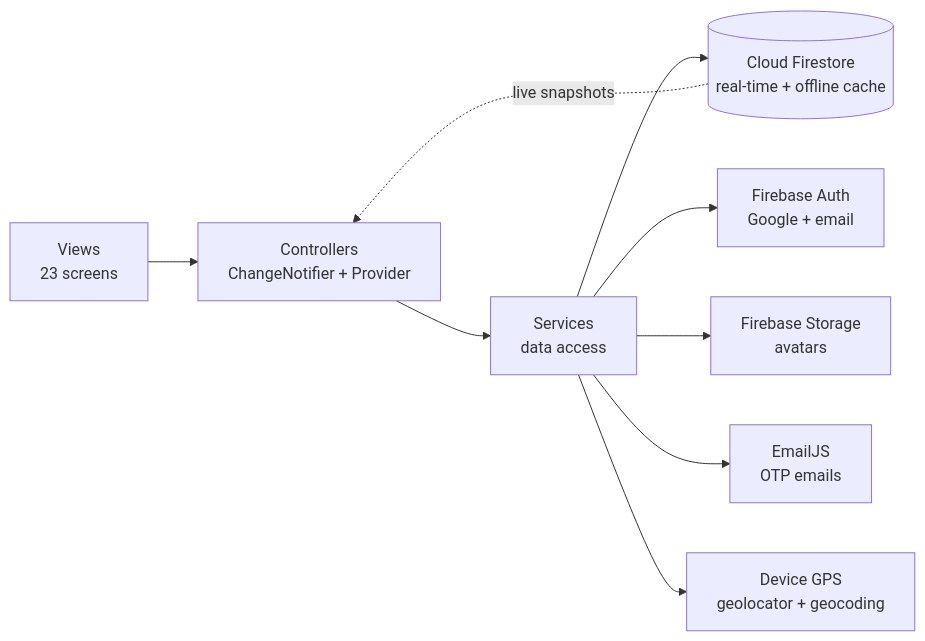
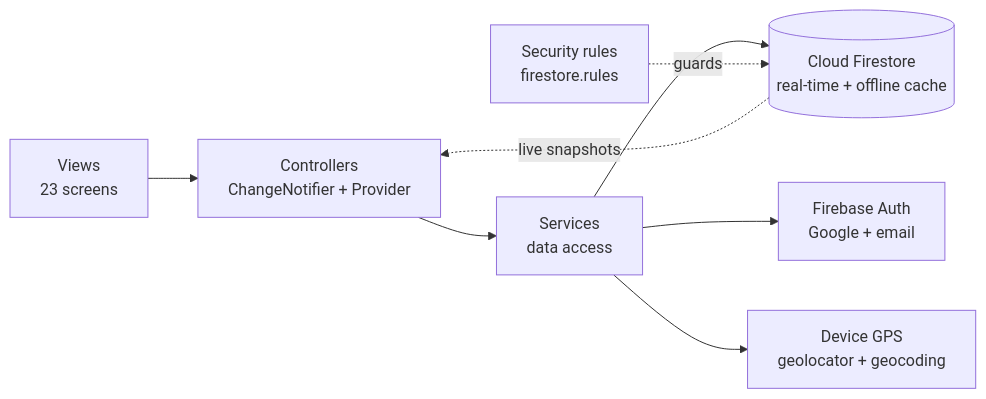
Before and after one commit to Crux-15/Taka-Koi-: the second of 2 diagrams in README.md, drawn with Mermaid. The commit also changed other lines of this file and 177 other files, not shown here.

First line of the commit message:
Release v1.1.0: iPhone website, offline actions, security rules, redesign

````diff
--- a/README.md
+++ b/README.md
@@ -124,11 +129,10 @@
 ```mermaid
 flowchart LR
     V["Views<br/>23 screens"] --> C["Controllers<br/>ChangeNotifier + Provider"]
     C --> S["Services<br/>data access"]
     S --> F[("Cloud Firestore<br/>real-time + offline cache")]
     S --> A["Firebase Auth<br/>Google + email"]
-    S --> ST["Firebase Storage<br/>avatars"]
-    S --> E["EmailJS<br/>OTP emails"]
     S --> G["Device GPS<br/>geolocator + geocoding"]
     F -. "live snapshots" .-> C
+    R["Security rules<br/>firestore.rules"] -. guards .-> F
 ```
````
